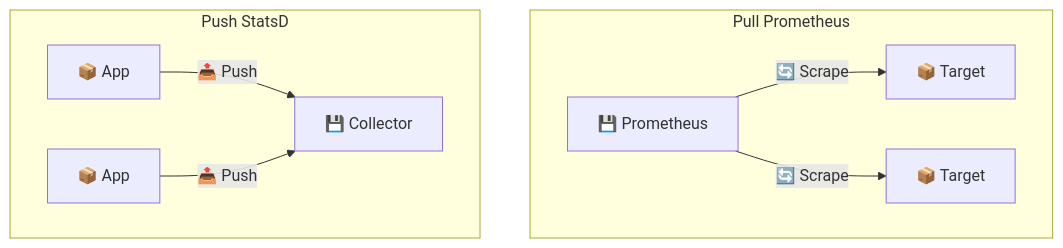
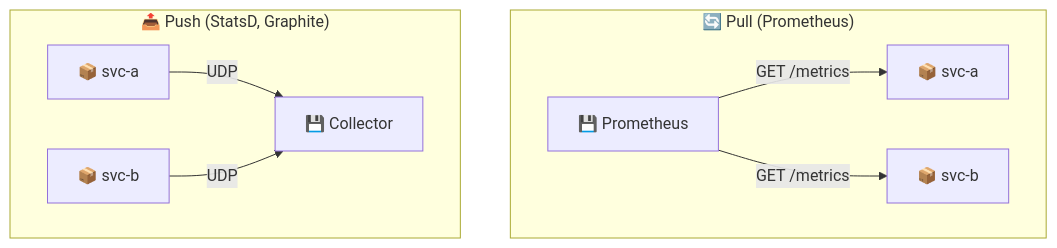
Before and after one commit to inno-devops-labs/DevOps-Core-Course: the third of 7 diagrams in lectures/lec8.md, drawn with Mermaid. The commit also changed other lines of this file and 24 other files, not shown here.

````diff
--- a/lectures/lec8.md
+++ b/lectures/lec8.md
@@ -188,11 +83,11 @@
 ```mermaid
-flowchart TD
-  subgraph "Pull Prometheus"
-    P1[💾 Prometheus] -->|🔄 Scrape| T1[📦 Target]
-    P1 -->|🔄 Scrape| T2[📦 Target]
+flowchart TB
+  subgraph Pull["🔄 Pull (Prometheus)"]
+    P[💾 Prometheus] -->|GET /metrics| T1[📦 svc-a]
+    P -->|GET /metrics| T2[📦 svc-b]
   end
-  subgraph "Push StatsD"
-    S1[📦 App] -->|📤 Push| D1[💾 Collector]
-    S2[📦 App] -->|📤 Push| D1
+  subgraph Push["📤 Push (StatsD, Graphite)"]
+    A1[📦 svc-a] -->|UDP| C[💾 Collector]
+    A2[📦 svc-b] -->|UDP| C
   end
 ```
````
